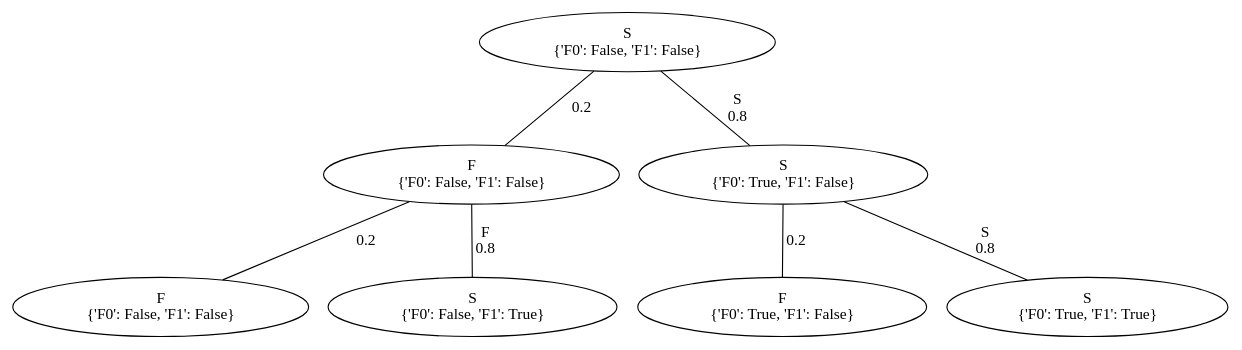
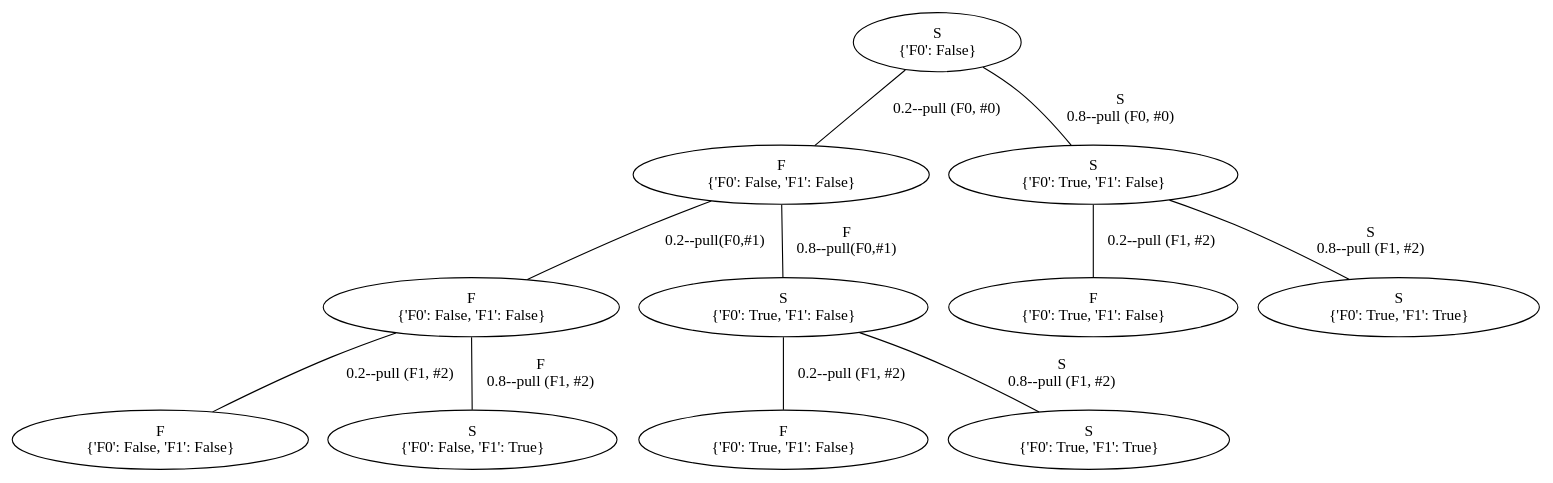
One commit to YasinBoloorchi/WARP-Simulator changed the diagram in G.gv. Above: the diagram before and after it, drawn with Graphviz. The commit also changed 3 other files, not shown here.

```diff
--- a/G.gv
+++ b/G.gv
@@ -1,34 +1,54 @@
 graph G {
-	140469817420256 [label="S
+	140001827957216 [label="S
+{'F0': False}"]
+	140001827957024 [label="S
 {'F0': False, 'F1': False}"]
-	140469817420112 [label="S
+	140001827957216 -- 140001827957024 [label="0.2--pull (F0, #0)"]
+	140001827957024 [label="F
 {'F0': False, 'F1': False}"]
-	140469817420256 -- 140469817420112 [label=0.2]
-	140469817420112 [label="F
+	140001827956976 [label="F
 {'F0': False, 'F1': False}"]
-	140469815374656 [label="F
+	140001827957024 -- 140001827956976 [label="0.2--pull(F0,#1)"]
+	140001827956976 [label="F
 {'F0': False, 'F1': False}"]
-	140469817420112 -- 140469815374656 [label=0.2]
-	140469815374656 [label="F
+	140001826030304 [label="F
 {'F0': False, 'F1': False}"]
-	140469815374416 [label="{'F0': False, 'F1': True}"]
-	140469817420112 -- 140469815374416 [label="F
-0.8"]
-	140469815374416 [label="S
+	140001827956976 -- 140001826030304 [label="0.2--pull (F1, #2)"]
+	140001826030304 [label="F
+{'F0': False, 'F1': False}"]
+	140001826030544 [label="{'F0': False, 'F1': True}"]
+	140001827956976 -- 140001826030544 [label="F
+0.8--pull (F1, #2)"]
+	140001826030544 [label="S
 {'F0': False, 'F1': True}"]
-	140469815374320 [label="{'F0': True, 'F1': False}"]
-	140469817420256 -- 140469815374320 [label="S
-0.8"]
-	140469815374320 [label="S
+	140001826030160 [label="{'F0': True, 'F1': False}"]
+	140001827957024 -- 140001826030160 [label="F
+0.8--pull(F0,#1)"]
+	140001826030160 [label="S
 {'F0': True, 'F1': False}"]
-	140469815374752 [label="S
+	140001826030352 [label="S
 {'F0': True, 'F1': False}"]
-	140469815374320 -- 140469815374752 [label=0.2]
-	140469815374752 [label="F
+	140001826030160 -- 140001826030352 [label="0.2--pull (F1, #2)"]
+	140001826030352 [label="F
 {'F0': True, 'F1': False}"]
-	140469815374848 [label="{'F0': True, 'F1': True}"]
-	140469815374320 -- 140469815374848 [label="S
-0.8"]
-	140469815374848 [label="S
+	140001826030256 [label="{'F0': True, 'F1': True}"]
+	140001826030160 -- 140001826030256 [label="S
+0.8--pull (F1, #2)"]
+	140001826030256 [label="S
+{'F0': True, 'F1': True}"]
+	140001827956928 [label="{'F0': True, 'F1': False}"]
+	140001827957216 -- 140001827956928 [label="S
+0.8--pull (F0, #0)"]
+	140001827956928 [label="S
+{'F0': True, 'F1': False}"]
+	140001826030400 [label="S
+{'F0': True, 'F1': False}"]
+	140001827956928 -- 140001826030400 [label="0.2--pull (F1, #2)"]
+	140001826030400 [label="F
+{'F0': True, 'F1': False}"]
+	140001826030448 [label="{'F0': True, 'F1': True}"]
+	140001827956928 -- 140001826030448 [label="S
+0.8--pull (F1, #2)"]
+	140001826030448 [label="S
 {'F0': True, 'F1': True}"]
 }
```
